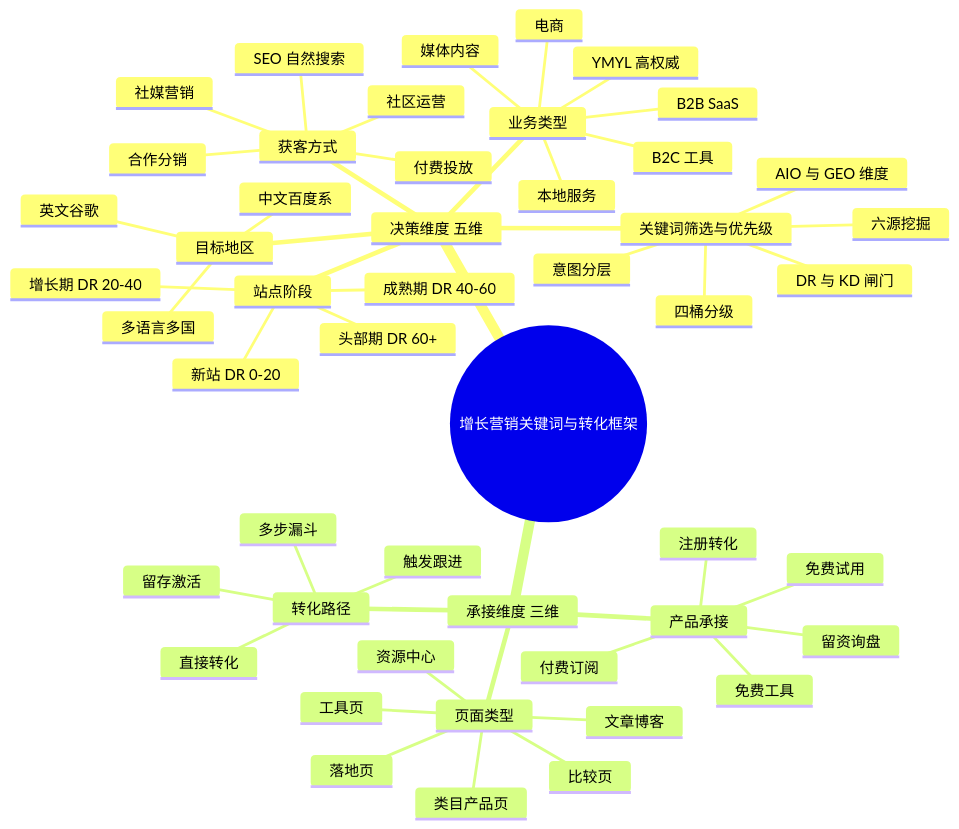
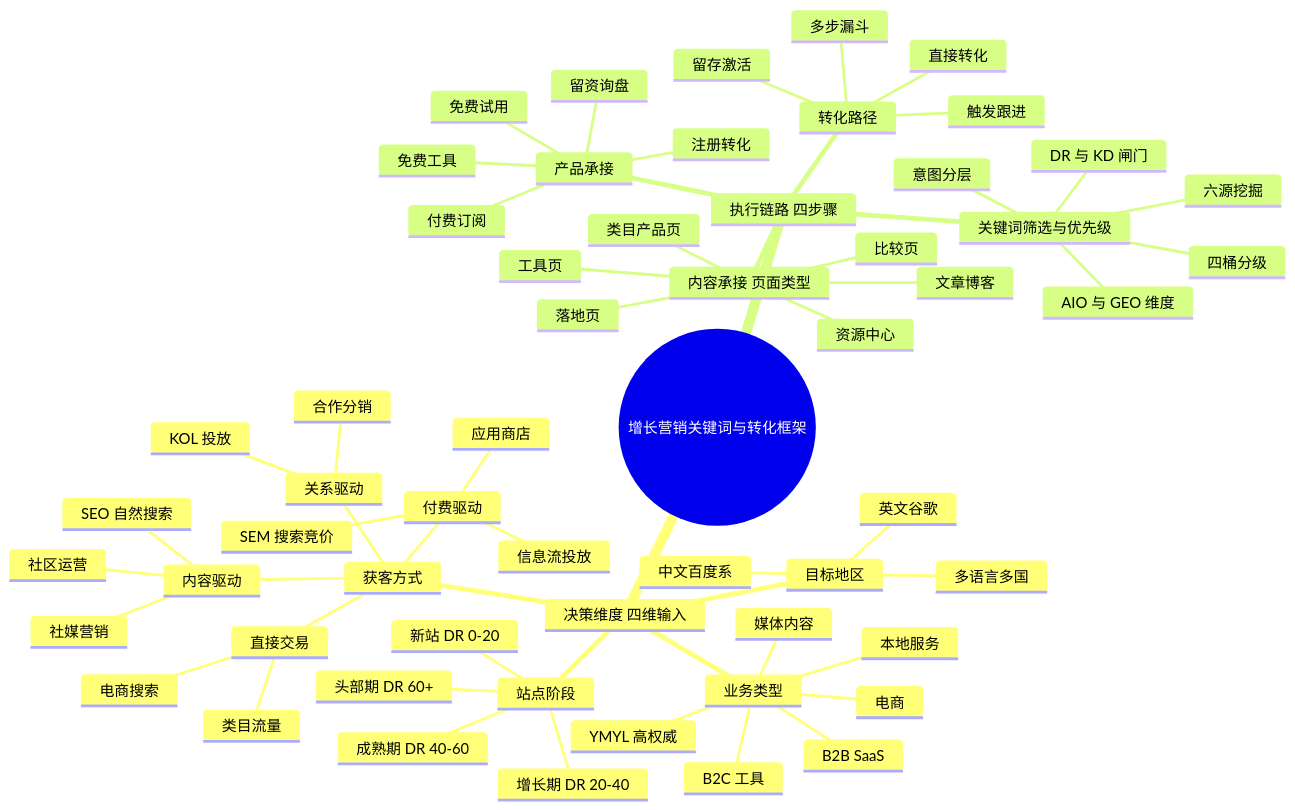
The diagram in docs/03-marketing/keyword-research-overview.md (xdawayer/gengrowth-ops), drawn with Mermaid before and after one commit. The commit also changed other lines of this file, not shown here.

````diff
--- a/docs/03-marketing/keyword-research-overview.md
+++ b/docs/03-marketing/keyword-research-overview.md
@@ -41,52 +41,61 @@
 ```mermaid
 mindmap
   root((增长营销关键词与转化框架))
-    决策维度 五维
+    决策维度 四维输入
       业务类型
         B2B SaaS
         B2C 工具
         电商
         媒体内容
         本地服务
         YMYL 高权威
       站点阶段
         新站 DR 0-20
         增长期 DR 20-40
         成熟期 DR 40-60
         头部期 DR 60+
       目标地区
         英文谷歌
         中文百度系
         多语言多国
       获客方式
-        SEO 自然搜索
-        社媒营销
-        付费投放
-        合作分销
-        社区运营
+        内容驱动
+          SEO 自然搜索
+          社媒营销
+          社区运营
+        付费驱动
+          SEM 搜索竞价
+          信息流投放
+          应用商店
+        关系驱动
+          合作分销
+          KOL 投放
+        直接交易
+          电商搜索
+          类目流量
+    执行链路 四步骤
       关键词筛选与优先级
         六源挖掘
         四桶分级
         DR 与 KD 闸门
         意图分层
         AIO 与 GEO 维度
-    承接维度 三维
-      页面类型
+      内容承接 页面类型
         落地页
         工具页
         文章博客
         比较页
         类目产品页
         资源中心
       产品承接
         免费试用
         免费工具
         注册转化
         付费订阅
         留资询盘
       转化路径
         直接转化
         多步漏斗
         触发跟进
         留存激活
 ```
````
